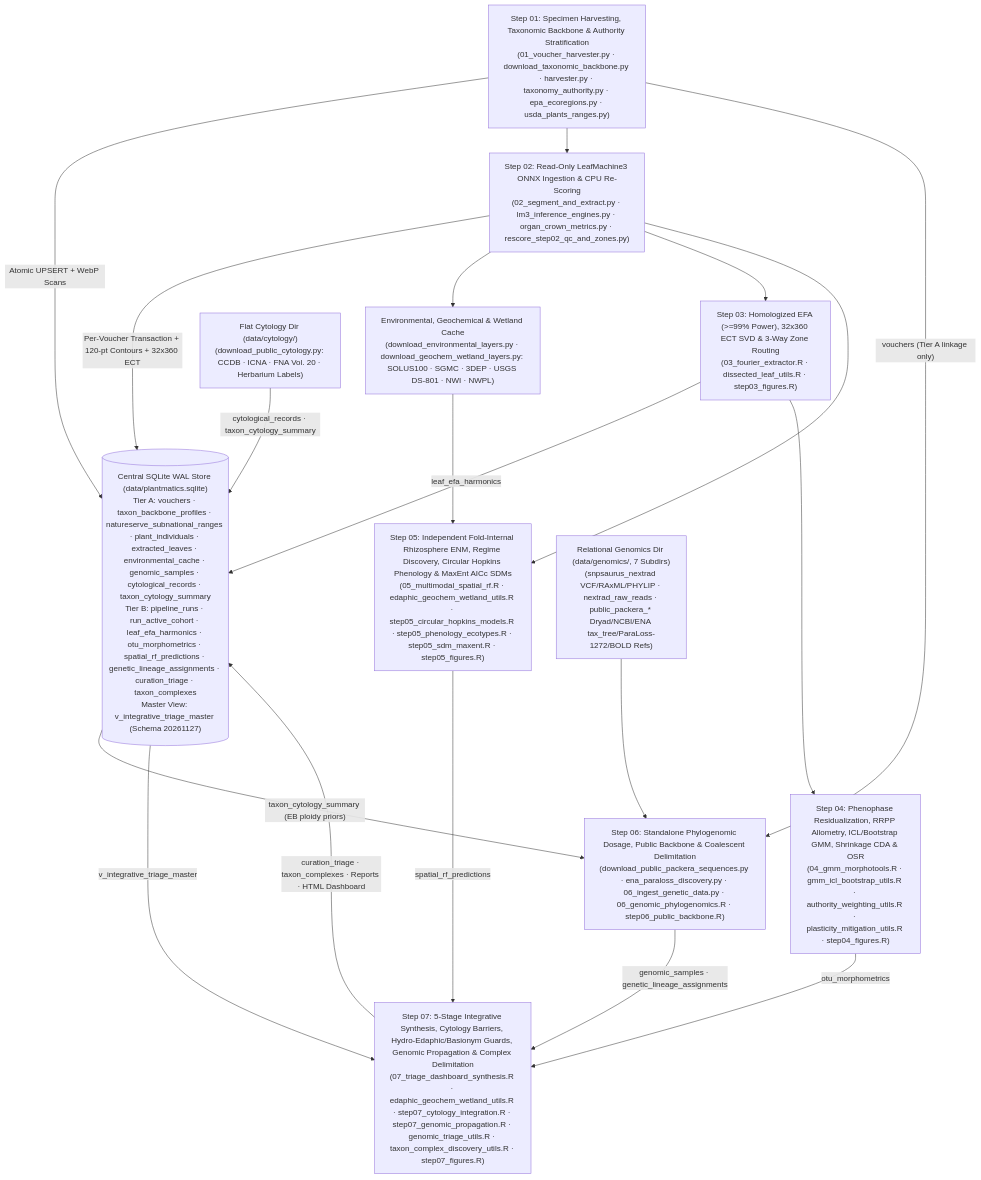
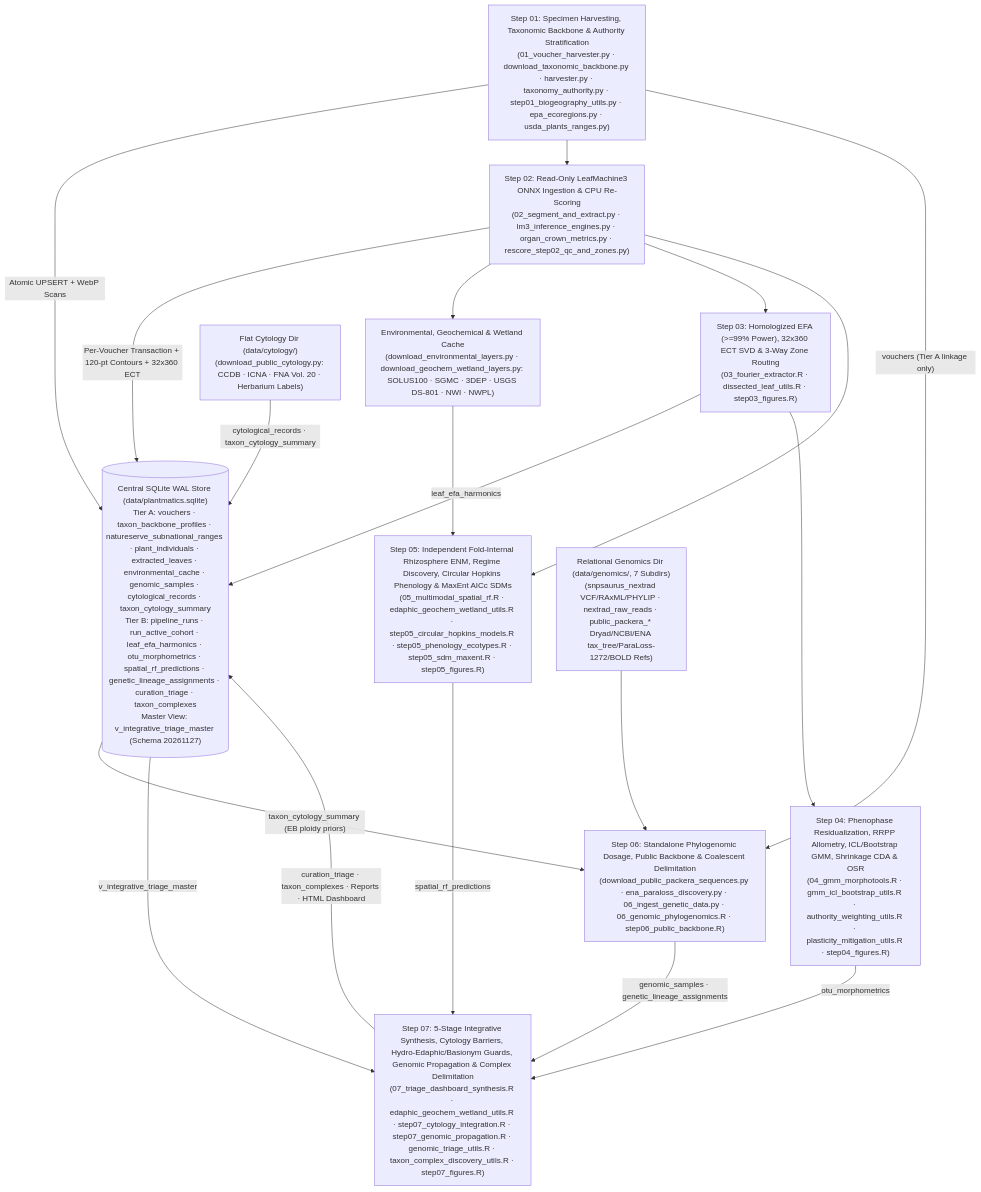
The diagram in README.md (Plantatsrophe/Packera_dubia_morphometrics), drawn with Mermaid before and after one commit. The commit also changed other lines of this file and 17 other files, not shown here.

Commit message:
feat: add step01 biogeography utils and robustness audit suite

````diff
--- a/README.md
+++ b/README.md
@@ -31,23 +31,23 @@
 ```mermaid
 flowchart TD
     DB[("Central SQLite WAL Store (data/plantmatics.sqlite)\nTier A: vouchers · taxon_backbone_profiles · natureserve_subnational_ranges · plant_individuals · extracted_leaves · environmental_cache · genomic_samples · cytological_records · taxon_cytology_summary\nTier B: pipeline_runs · run_active_cohort · leaf_efa_harmonics · otu_morphometrics · spatial_rf_predictions · genetic_lineage_assignments · curation_triage · taxon_complexes\nMaster View: v_integrative_triage_master (Schema 20261127)")]
 
-    S1["Step 01: Specimen Harvesting, Taxonomic Backbone & Authority Stratification\n(01_voucher_harvester.py · download_taxonomic_backbone.py · harvester.py · taxonomy_authority.py · epa_ecoregions.py · usda_plants_ranges.py)"] -->|"Atomic UPSERT + WebP Scans"| DB
+    S1["Step 01: Specimen Harvesting, Taxonomic Backbone & Authority Stratification\n(01_voucher_harvester.py · download_taxonomic_backbone.py · harvester.py · taxonomy_authority.py · step01_biogeography_utils.py · epa_ecoregions.py · usda_plants_ranges.py)"] -->|"Atomic UPSERT + WebP Scans"| DB
     S1 --> S2["Step 02: Read-Only LeafMachine3 ONNX Ingestion & CPU Re-Scoring\n(02_segment_and_extract.py · lm3_inference_engines.py · organ_crown_metrics.py · rescore_step02_qc_and_zones.py)"]
     S2 -->|"Per-Voucher Transaction + 120-pt Contours + 32x360 ECT"| DB
     S2 --> E0["Environmental, Geochemical & Wetland Cache\n(download_environmental_layers.py · download_geochem_wetland_layers.py: SOLUS100 · SGMC · 3DEP · USGS DS-801 · NWI · NWPL)"]
     S2 --> S3["Step 03: Homologized EFA (>=99% Power), 32x360 ECT SVD & 3-Way Zone Routing\n(03_fourier_extractor.R · dissected_leaf_utils.R · step03_figures.R)"]
     S3 -->|"leaf_efa_harmonics"| DB
     S3 --> S4["Step 04: Phenophase Residualization, RRPP Allometry, ICL/Bootstrap GMM, Shrinkage CDA & OSR\n(04_gmm_morphotools.R · gmm_icl_bootstrap_utils.R · authority_weighting_utils.R · plasticity_mitigation_utils.R · step04_figures.R)"]
     S4 -->|"otu_morphometrics"| S7
     S2 --> S5["Step 05: Independent Fold-Internal Rhizosphere ENM, Regime Discovery, Circular Hopkins Phenology & MaxEnt AICc SDMs\n(05_multimodal_spatial_rf.R · edaphic_geochem_wetland_utils.R · step05_circular_hopkins_models.R · step05_phenology_ecotypes.R · step05_sdm_maxent.R · step05_figures.R)"]
     E0 --> S5
     S5 -->|"spatial_rf_predictions"| S7
     G0["Relational Genomics Dir (data/genomics/, 7 Subdirs)\n(snpsaurus_nextrad VCF/RAxML/PHYLIP · nextrad_raw_reads · public_packera_* Dryad/NCBI/ENA tax_tree/ParaLoss-1272/BOLD Refs)"] --> S6["Step 06: Standalone Phylogenomic Dosage, Public Backbone & Coalescent Delimitation\n(download_public_packera_sequences.py · ena_paraloss_discovery.py · 06_ingest_genetic_data.py · 06_genomic_phylogenomics.R · step06_public_backbone.R)"]
     S1 -->|"vouchers (Tier A linkage only)"| S6
     S6 -->|"genomic_samples · genetic_lineage_assignments"| S7
     C0["Flat Cytology Dir (data/cytology/)\n(download_public_cytology.py: CCDB · ICNA · FNA Vol. 20 · Herbarium Labels)"] -->|"cytological_records · taxon_cytology_summary"| DB
     DB -->|"taxon_cytology_summary (EB ploidy priors)"| S6
     DB -->|"v_integrative_triage_master"| S7["Step 07: 5-Stage Integrative Synthesis, Cytology Barriers, Hydro-Edaphic/Basionym Guards, Genomic Propagation & Complex Delimitation\n(07_triage_dashboard_synthesis.R · edaphic_geochem_wetland_utils.R · step07_cytology_integration.R · step07_genomic_propagation.R · genomic_triage_utils.R · taxon_complex_discovery_utils.R · step07_figures.R)"]
     S7 -->|"curation_triage · taxon_complexes · Reports · HTML Dashboard"| DB
 ```
````
